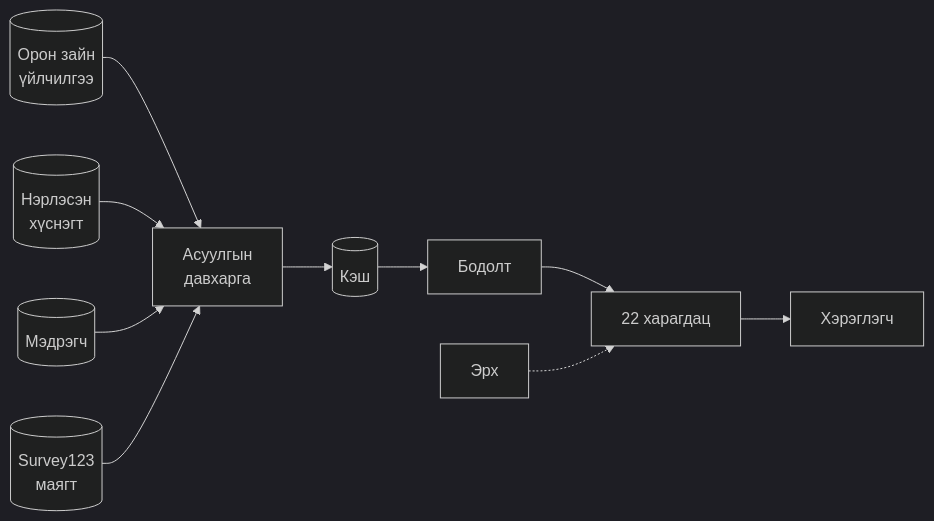
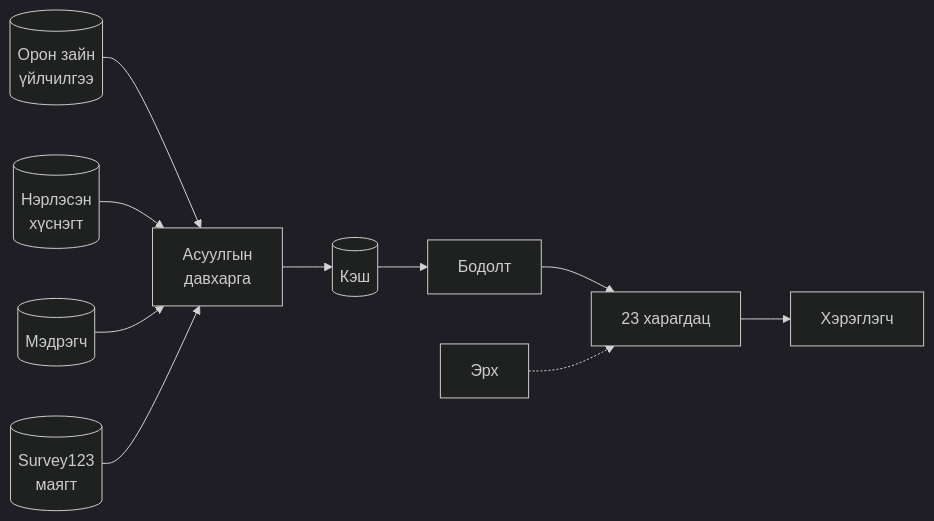
Before and after one commit to monmapgisteam-oss/Selbe_db: the diagram in docs/SYSTEM.md, drawn with Mermaid (dark theme). The commit also changed other lines of this file and 11 other files, not shown here.

````diff
--- a/docs/SYSTEM.md
+++ b/docs/SYSTEM.md
@@ -46,12 +46,12 @@
 ```mermaid
 flowchart LR
   SPACE[(Орон зайн<br/>үйлчилгээ)] --> Q[Асуулгын<br/>давхарга]
   TABLE[(Нэрлэсэн<br/>хүснэгт)] --> Q
   IOT[(Мэдрэгч)] --> Q
   FORM[(Survey123<br/>маягт)] --> Q
   Q --> CACHE[(Кэш)]
   CACHE --> CALC[Бодолт]
-  CALC --> VIEW[22 харагдац]
+  CALC --> VIEW[23 харагдац]
   VIEW --> USER[Хэрэглэгч]
   ACL[Эрх] -.-> VIEW
 ```
````
